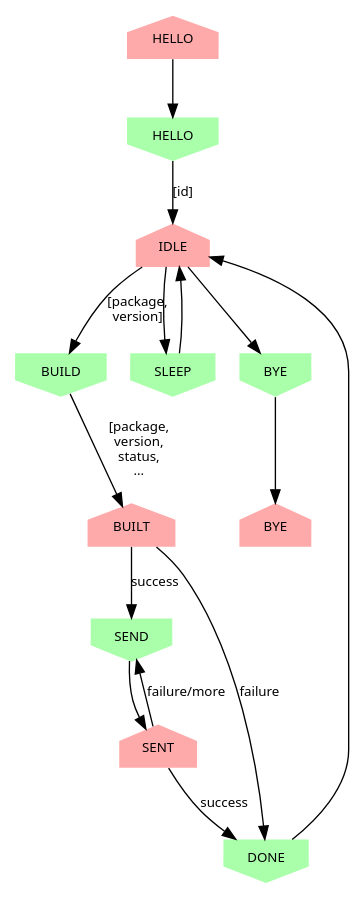
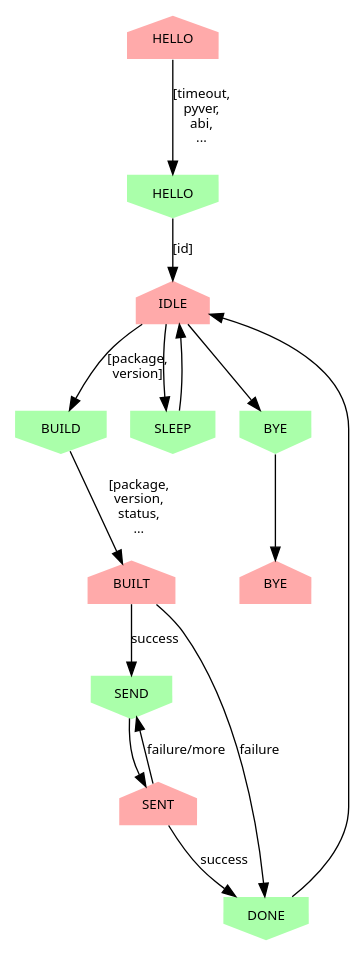
The diagram in docs/slave_protocol.dot (piwheels/piwheels), drawn with Graphviz before and after one commit. The commit also changed 8 other files, not shown here.

```diff
--- a/docs/slave_protocol.dot
+++ b/docs/slave_protocol.dot
@@ -1,35 +1,35 @@
 digraph slave {
     /* Sent messages */
     node [shape=house, fontname=Sans, fontsize=10, style=filled, fillcolor="#ffaaaa", penwidth=0];
     HELLO1 [label="HELLO"];
     IDLE;
     BUILT;
     SENT;
     BYE2 [label="BYE"];
 
     /* Received messages */
     node [shape=invhouse, fontname=Sans, fontsize=10, style=filled, fillcolor="#aaffaa", penwidth=0];
     HELLO2 [label="HELLO"];
     BUILD;
     SEND;
     DONE;
     SLEEP;
     BYE1 [label="BYE"];
 
     /* Edges */
     edge [fontname=Sans, fontsize=10];
-    HELLO1->HELLO2;
+    HELLO1->HELLO2 [label="[timeout,\npyver,\nabi,\n..."];
     HELLO2->IDLE [label="[id]"];
     IDLE->BUILD [label="[package,\nversion]"];
     IDLE->SLEEP;
     IDLE->BYE1;
     SLEEP->IDLE;
     BUILD->BUILT [label="[package,\nversion,\nstatus,\n..."];
     BUILT->DONE [label="failure"];
     BUILT->SEND [label="success"];
     SEND->SENT;
     SENT->DONE [label="success"];
     SENT->SEND [label="failure/more"];
     DONE->IDLE;
     BYE1->BYE2;
 }
```
